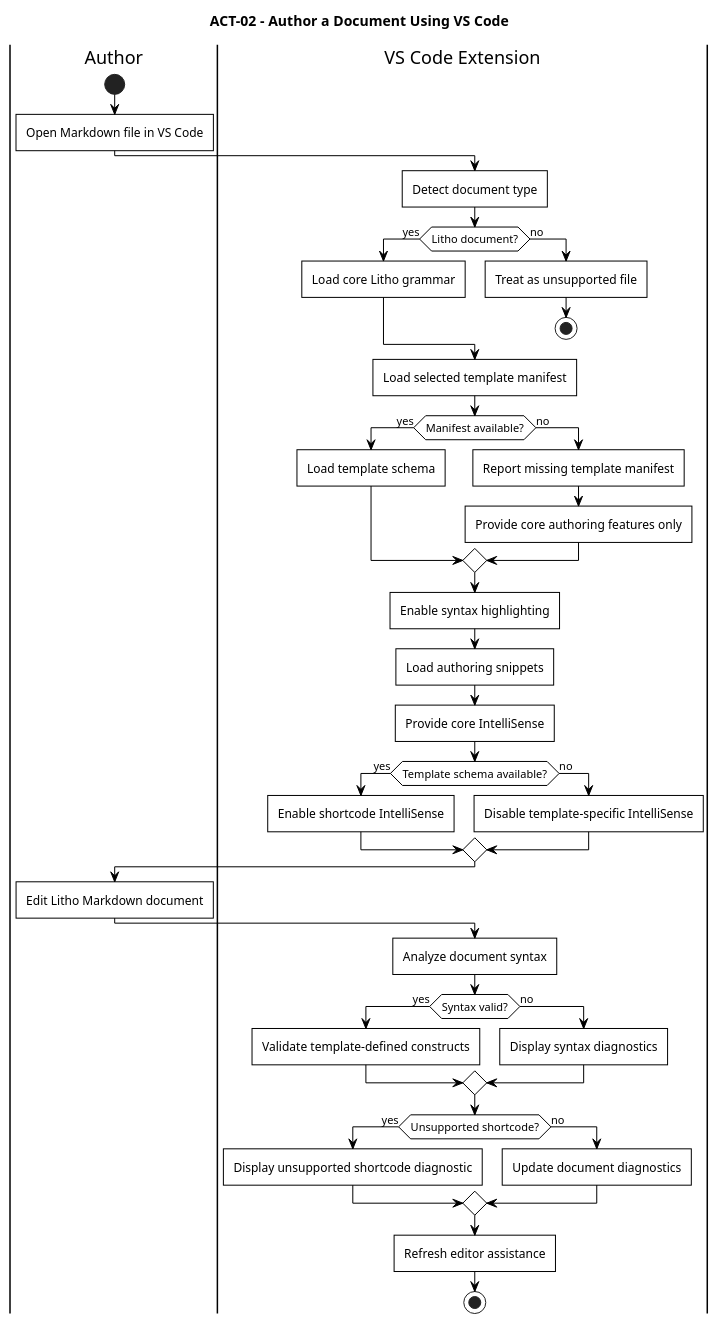
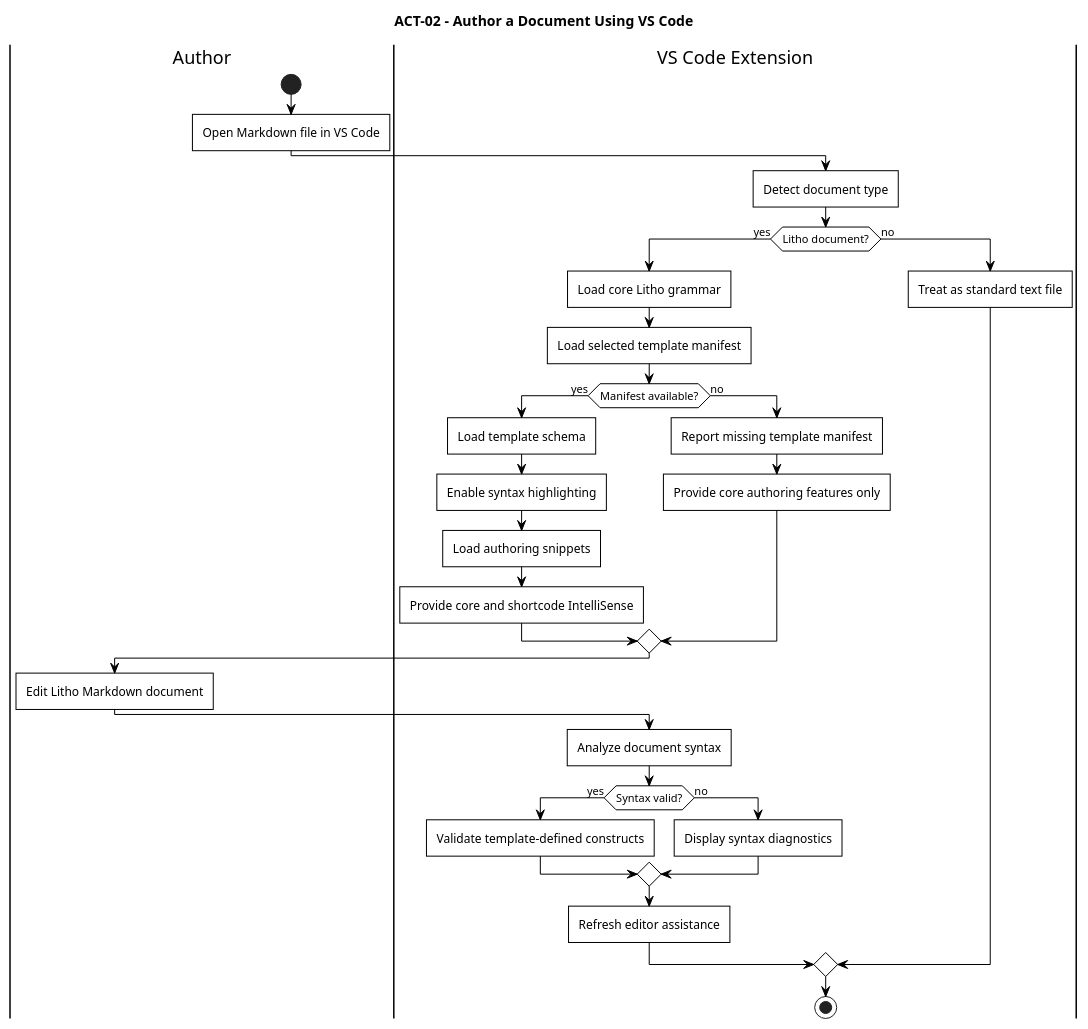
One commit to Litho-MD/uet-fyp-docs changed the diagram in diagrams/puml/activity/02-vscode-authoring.puml. Above: the diagram before and after it, drawn with PlantUML. The commit also changed 24 other files, not shown here.

```diff
--- a/diagrams/puml/activity/02-vscode-authoring.puml
+++ b/diagrams/puml/activity/02-vscode-authoring.puml
@@ -1,70 +1,56 @@
 @startuml
 title ACT-02 - Author a Document Using VS Code
 
 skinparam monochrome true
 skinparam backgroundColor white
 skinparam shadowing false
 skinparam roundCorner 0
 skinparam defaultTextAlignment center
 skinparam activityBorderThickness 1
 skinparam activity {
     BackgroundColor white
     BorderColor black
     FontColor black
     DiamondBackgroundColor white
     DiamondBorderColor black
 }
 skinparam ArrowColor black
 skinparam defaultFontColor black
 
 |Author|
 start
 :Open Markdown file in VS Code;
 
 |VS Code Extension|
 :Detect document type;
 if (Litho document?) then (yes)
     :Load core Litho grammar;
+    :Load selected template manifest;
+    if (Manifest available?) then (yes)
+        :Load template schema;
+        :Enable syntax highlighting;
+        :Load authoring snippets;
+        :Provide core and shortcode IntelliSense;
+    else (no)
+        :Report missing template manifest;
+        :Provide core authoring features only;
+    endif
+
+    |Author|
+    :Edit Litho Markdown document;
+
+    |VS Code Extension|
+    :Analyze document syntax;
+    if (Syntax valid?) then (yes)
+        :Validate template-defined constructs;
+    else (no)
+        :Display syntax diagnostics;
+    endif
+
+    :Refresh editor assistance;
 else (no)
-    :Treat as unsupported file;
-    stop
+    :Treat as standard text file;
 endif
 
-:Load selected template manifest;
-if (Manifest available?) then (yes)
-    :Load template schema;
-else (no)
-    :Report missing template manifest;
-    :Provide core authoring features only;
-endif
-
-:Enable syntax highlighting;
-:Load authoring snippets;
-:Provide core IntelliSense;
-
-if (Template schema available?) then (yes)
-    :Enable shortcode IntelliSense;
-else (no)
-    :Disable template-specific IntelliSense;
-endif
-
-|Author|
-:Edit Litho Markdown document;
-
-|VS Code Extension|
-:Analyze document syntax;
-if (Syntax valid?) then (yes)
-    :Validate template-defined constructs;
-else (no)
-    :Display syntax diagnostics;
-endif
-
-if (Unsupported shortcode?) then (yes)
-    :Display unsupported shortcode diagnostic;
-else (no)
-    :Update document diagnostics;
-endif
-
-:Refresh editor assistance;
 stop
 @enduml
```
